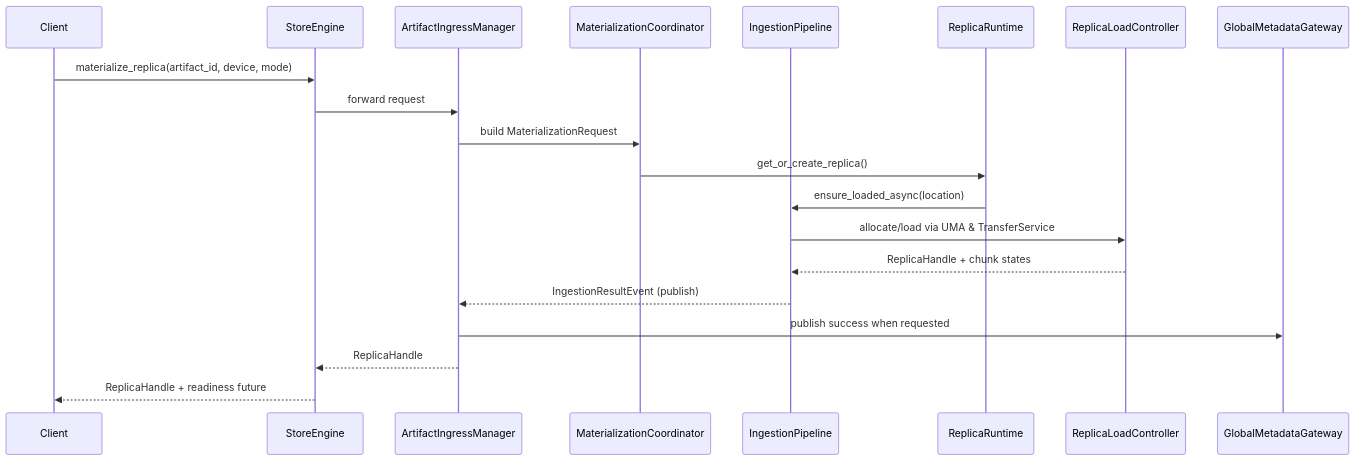
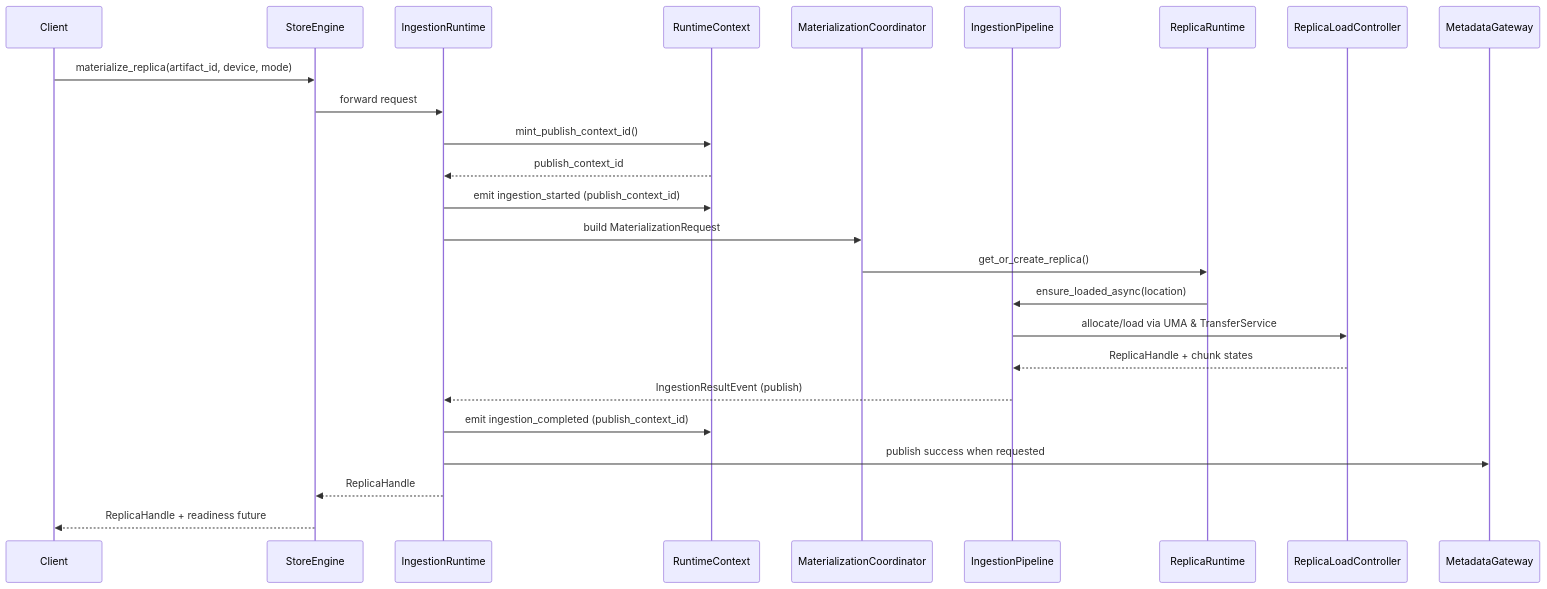
The second of 3 diagrams in core/store/docs/architecture.md (tensorcast-ai/tensorcast), drawn with Mermaid before and after one commit. The commit also changed other lines of this file and 73 other files, not shown here.

Commit message:
refactor(store): consolidate runtime components and enhance registration flow

````diff
--- a/core/store/docs/architecture.md
+++ b/core/store/docs/architecture.md
@@ -202,23 +220,28 @@
 ```mermaid
 sequenceDiagram
     participant Client
     participant SE as StoreEngine
-    participant AIM as ArtifactIngressManager
+    participant IR as IngestionRuntime
+    participant RC as RuntimeContext
     participant MC as MaterializationCoordinator
     participant IP as IngestionPipeline
     participant RR as ReplicaRuntime
     participant RLC as ReplicaLoadController
-    participant GMG as GlobalMetadataGateway
+    participant MG as MetadataGateway
 
     Client->>SE: materialize_replica(artifact_id, device, mode)
-    SE->>AIM: forward request
-    AIM->>MC: build MaterializationRequest
+    SE->>IR: forward request
+    IR->>RC: mint_publish_context_id()
+    RC-->>IR: publish_context_id
+    IR->>RC: emit ingestion_started (publish_context_id)
+    IR->>MC: build MaterializationRequest
     MC->>RR: get_or_create_replica()
     RR->>IP: ensure_loaded_async(location)
     IP->>RLC: allocate/load via UMA & TransferService
     RLC-->>IP: ReplicaHandle + chunk states
-    IP-->>AIM: IngestionResultEvent (publish)
-    AIM->>GMG: publish success when requested
-    AIM-->>SE: ReplicaHandle
+    IP-->>IR: IngestionResultEvent (publish)
+    IR->>RC: emit ingestion_completed (publish_context_id)
+    IR->>MG: publish success when requested
+    IR-->>SE: ReplicaHandle
     SE-->>Client: ReplicaHandle + readiness future
 ```
````
